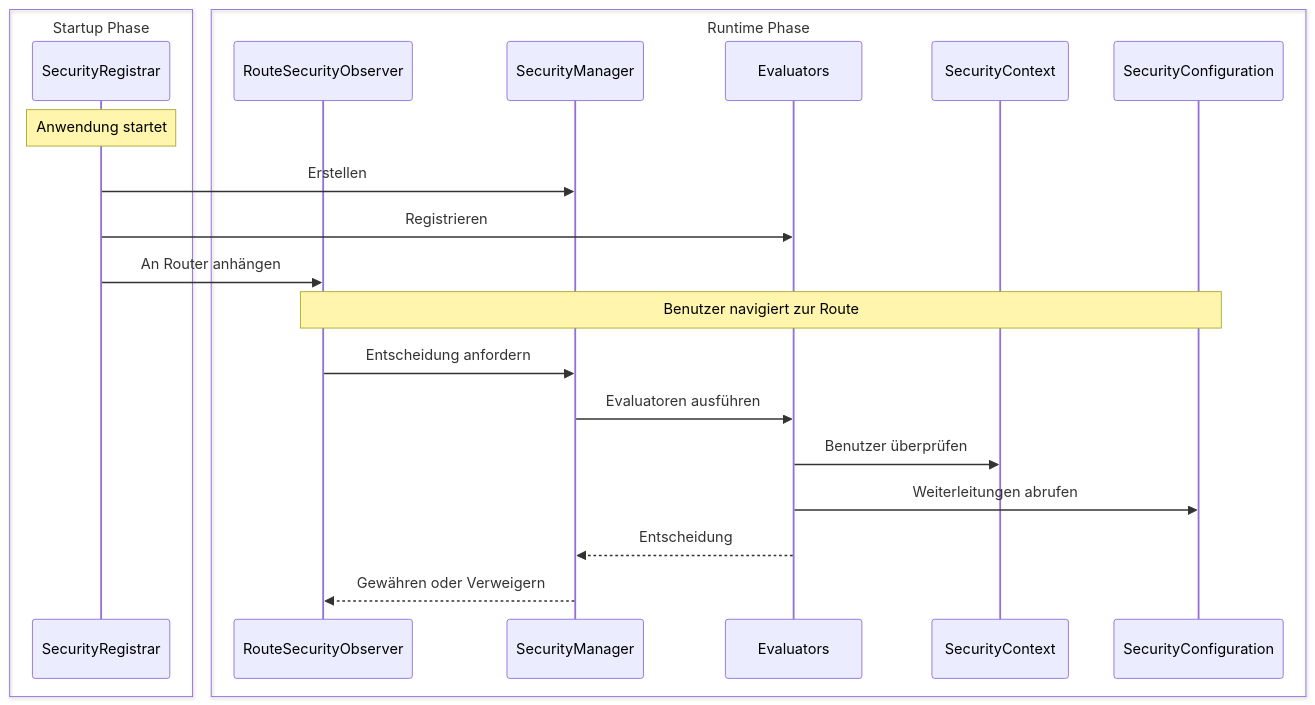
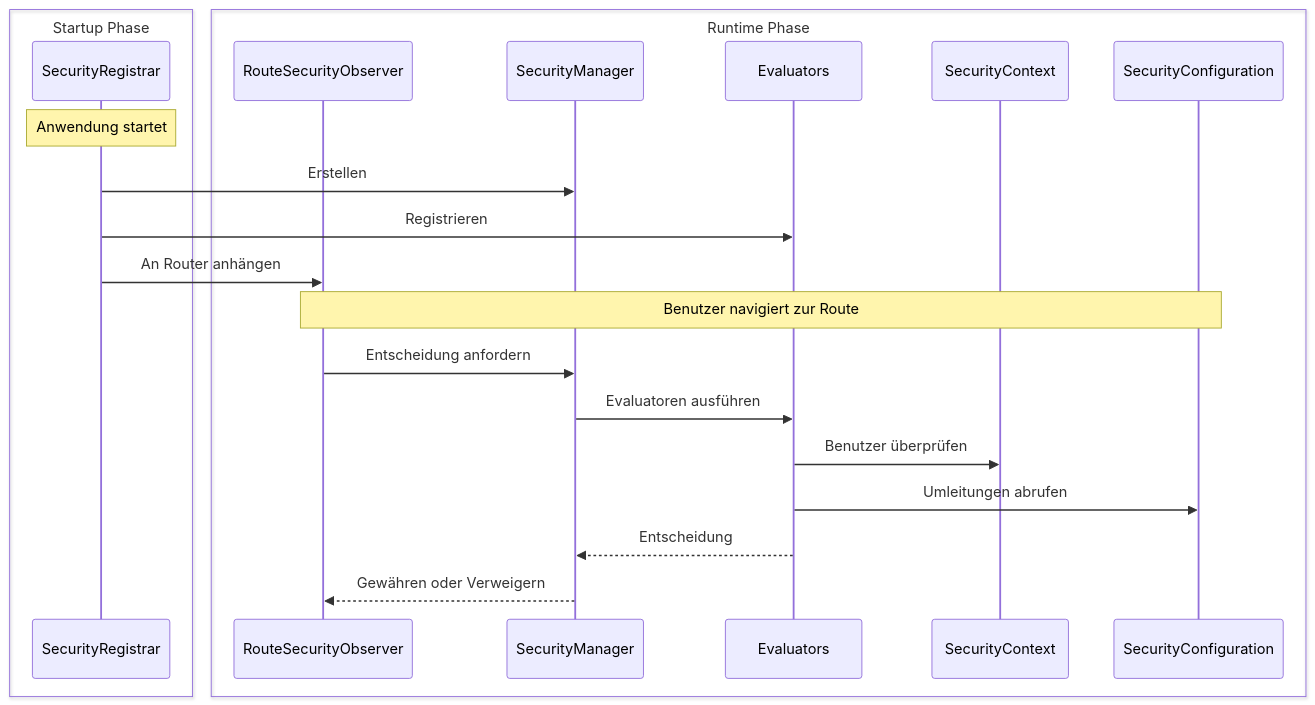
One commit to webforj/webforj-documentation changed the diagram in docs/i18n/de/docusaurus-plugin-content-docs/current/security/architecture/custom-implementation.md. Above: the diagram before and after it, drawn with Mermaid. The commit also changed other lines of this file and 389 other files, not shown here.

````diff
--- a/docs/i18n/de/docusaurus-plugin-content-docs/current/security/architecture/custom-implementation.md
+++ b/docs/i18n/de/docusaurus-plugin-content-docs/current/security/architecture/custom-implementation.md
@@ -25,26 +25,26 @@
 ```mermaid
 sequenceDiagram
-    box Startup Phase
-    participant Registrar as SecurityRegistrar
-    end
-    box Runtime Phase
-    participant Observer as RouteSecurityObserver
-    participant Manager as SecurityManager
-    participant Evaluators
-    participant Context as SecurityContext
-    participant Config as SecurityConfiguration
-    end
+  box Startup Phase
+  participant Registrar as SecurityRegistrar
+  end
+  box Runtime Phase
+  participant Observer as RouteSecurityObserver
+  participant Manager as SecurityManager
+  participant Evaluators
+  participant Context as SecurityContext
+  participant Config as SecurityConfiguration
+  end
 
-    Note over Registrar: Anwendung startet
-    Registrar->>Manager: Erstellen
-    Registrar->>Evaluators: Registrieren
-    Registrar->>Observer: An Router anhängen
+  Note over Registrar: Anwendung startet
+  Registrar->>Manager: Erstellen
+  Registrar->>Evaluators: Registrieren
+  Registrar->>Observer: An Router anhängen
 
-    Note over Observer,Config: Benutzer navigiert zur Route
-    Observer->>Manager: Entscheidung anfordern
-    Manager->>Evaluators: Evaluatoren ausführen
-    Evaluators->>Context: Benutzer überprüfen
-    Evaluators->>Config: Weiterleitungen abrufen
-    Evaluators-->>Manager: Entscheidung
-    Manager-->>Observer: Gewähren oder Verweigern
+  Note over Observer,Config: Benutzer navigiert zur Route
+  Observer->>Manager: Entscheidung anfordern
+  Manager->>Evaluators: Evaluatoren ausführen
+  Evaluators->>Context: Benutzer überprüfen
+  Evaluators->>Config: Umleitungen abrufen
+  Evaluators-->>Manager: Entscheidung
+  Manager-->>Observer: Gewähren oder Verweigern
 ```
````
